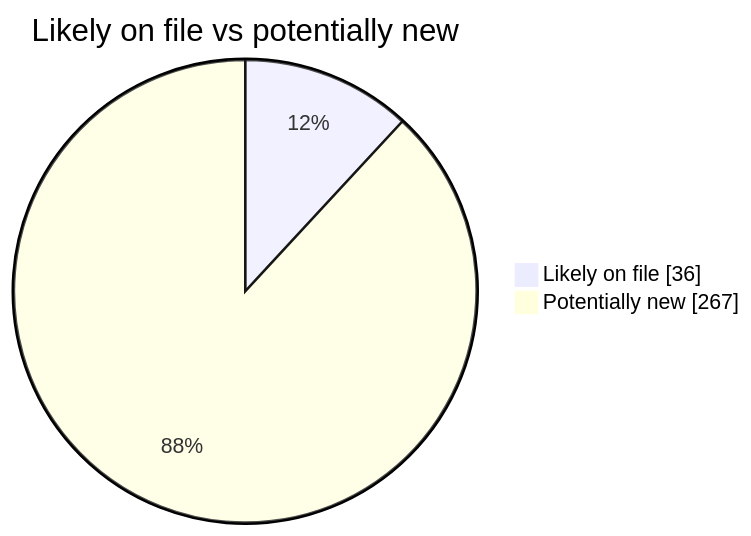
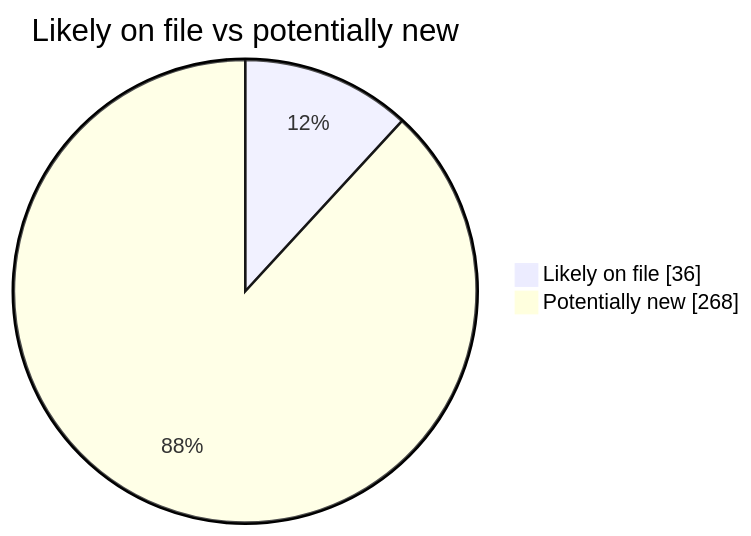
One commit to martinbalfanz/social-scanner-reports changed the second of 4 diagrams in README.md. Above: the diagram before and after it, drawn with Mermaid. The commit also changed other lines of this file and 2 other files, not shown here.

````diff
--- a/README.md
+++ b/README.md
@@ -40,5 +40,5 @@
 ```mermaid
 pie showData title Likely on file vs potentially new
     "Likely on file" : 36
-    "Potentially new" : 267
+    "Potentially new" : 268
 ```
````
